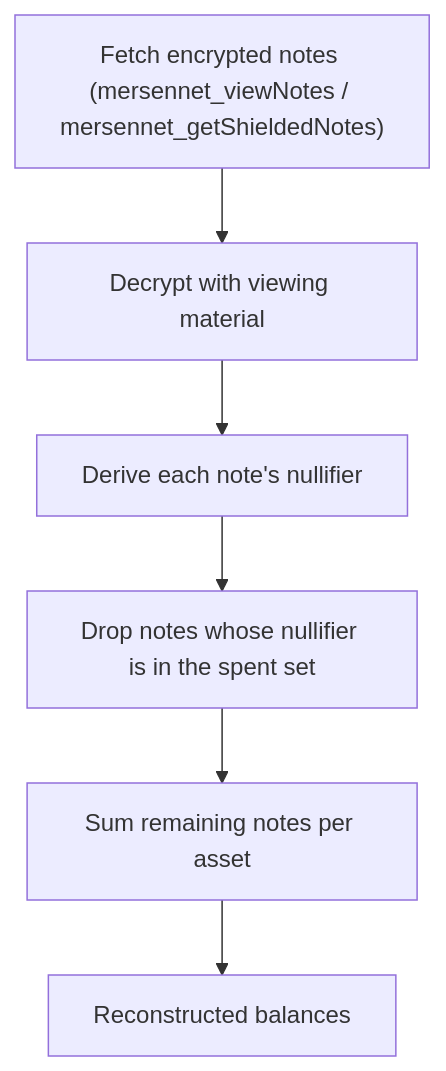
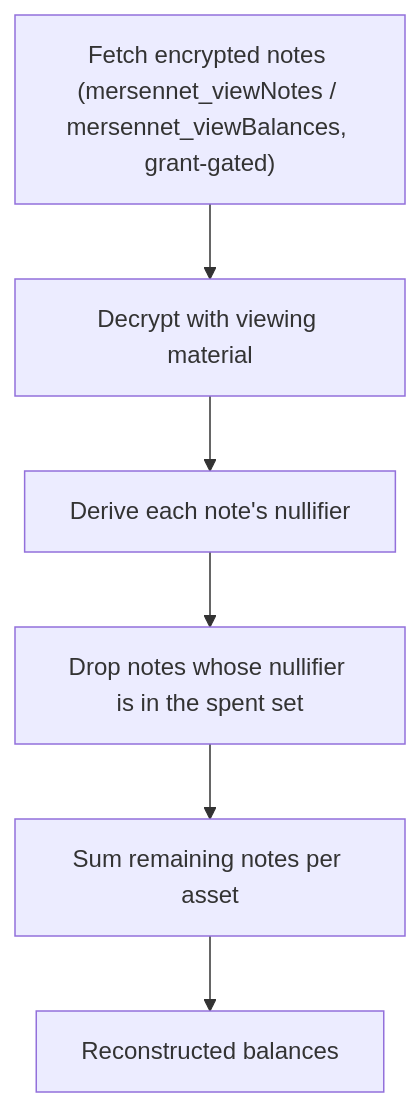
The diagram in src/content/docs/privacy/note-scanning.md (mersennet/docs), drawn with Mermaid before and after one commit. The commit also changed other lines of this file and 40 other files, not shown here.

````diff
--- a/src/content/docs/privacy/note-scanning.md
+++ b/src/content/docs/privacy/note-scanning.md
@@ -10,8 +14,8 @@
 ```mermaid
 flowchart TD
-  Fetch["Fetch encrypted notes (mersennet_viewNotes / mersennet_getShieldedNotes)"] --> Decrypt["Decrypt with viewing material"]
+  Fetch["Fetch encrypted notes (mersennet_viewNotes / mersennet_viewBalances, grant-gated)"] --> Decrypt["Decrypt with viewing material"]
   Decrypt --> Derive["Derive each note's nullifier"]
   Derive --> Filter["Drop notes whose nullifier is in the spent set"]
   Filter --> Sum["Sum remaining notes per asset"]
   Sum --> Balance["Reconstructed balances"]
 ```
````
